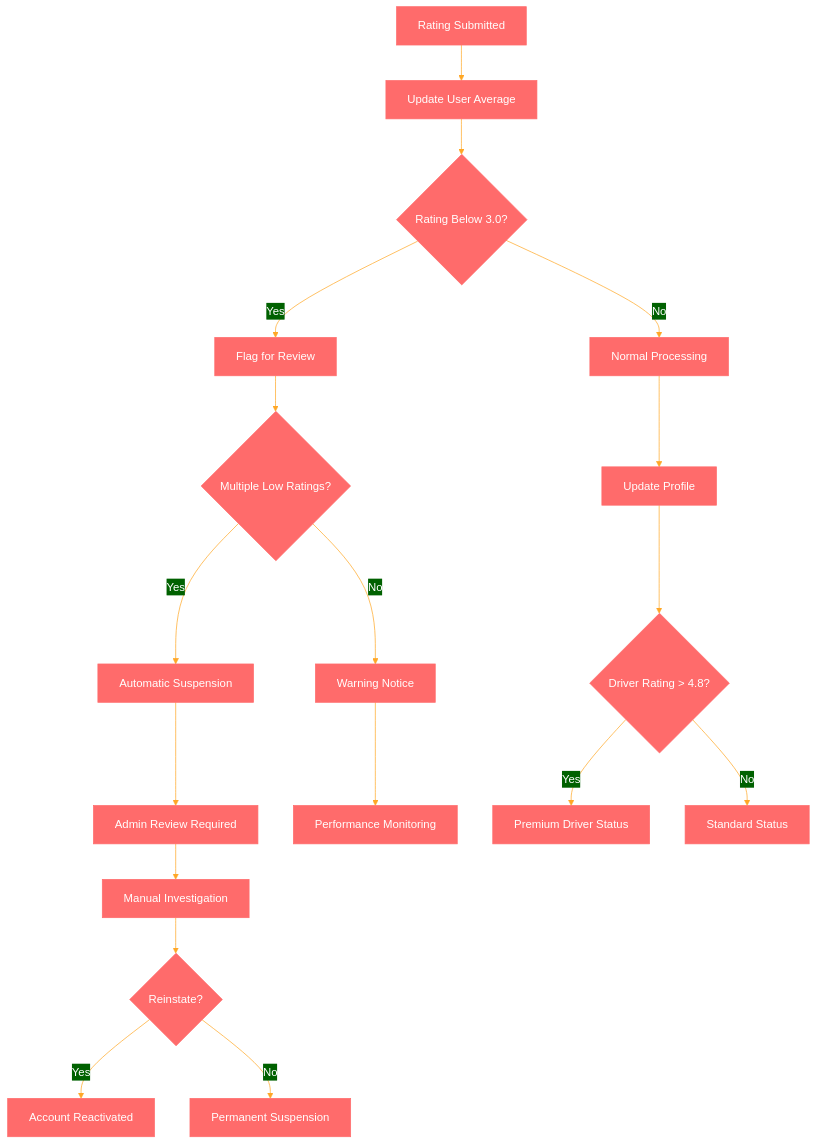
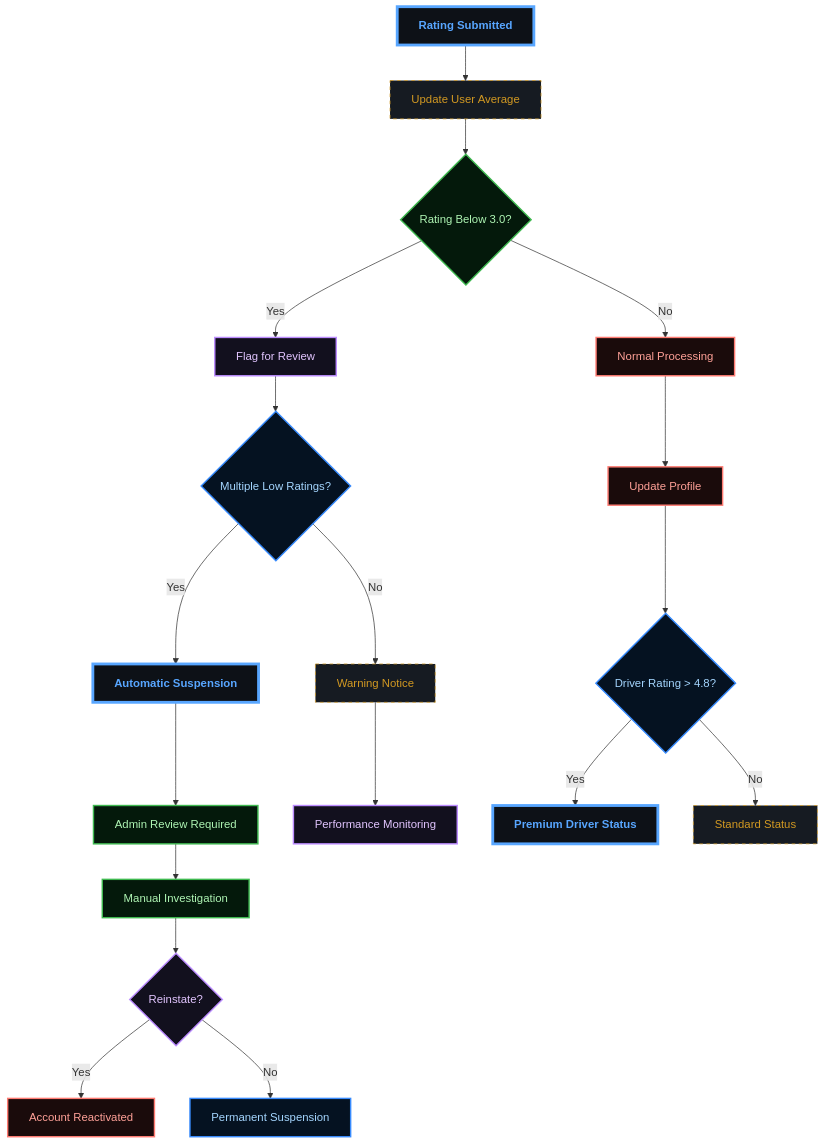
Before and after one commit to abdoElHodaky/transportapp: diagram 12 of 17 in docs/BUSINESS_PROCESSES.md, drawn with Mermaid. The commit also changed other lines of this file and 9 other files, not shown here.

````diff
--- a/docs/BUSINESS_PROCESSES.md
+++ b/docs/BUSINESS_PROCESSES.md
@@ -348,26 +720,65 @@
 ```mermaid
-%%{init: {'theme':'base', 'themeVariables': {'primaryColor':'#ff6b6b','primaryTextColor':'#fff','primaryBorderColor':'#ff6b6b','lineColor':'#ffa726','sectionBkgColor':'#ff6b6b','altSectionBkgColor':'#fff','gridColor':'#fff','secondaryColor':'#006100','tertiaryColor':'#fff'}}}%%
 flowchart TD
     A[Rating Submitted] --> B[Update User Average]
     B --> C{Rating Below 3.0?}
     
     C -->|Yes| D[Flag for Review]
     C -->|No| E[Normal Processing]
     
     D --> F{Multiple Low Ratings?}
     F -->|Yes| G[Automatic Suspension]
     F -->|No| H[Warning Notice]
     
     G --> I[Admin Review Required]
     H --> J[Performance Monitoring]
     
     E --> K[Update Profile]
     K --> L{Driver Rating > 4.8?}
     L -->|Yes| M[Premium Driver Status]
     L -->|No| N[Standard Status]
     
     I --> O[Manual Investigation]
     O --> P{Reinstate?}
     P -->|Yes| Q[Account Reactivated]
     P -->|No| R[Permanent Suspension]
+
+    %% --- DARK GRADIENT & GLOW STYLING ---
+    
+    %% Main Dashboard (Neon Cyan/Blue)
+    classDef main fill:#0d1117,stroke:#58a6ff,stroke-width:4px,color:#58a6ff,font-weight:bold;
+    
+    %% Decision Diamond (Gold Glow)
+    classDef decision fill:#161b22,stroke:#d29922,color:#d29922,stroke-dasharray: 5 5;
+    
+    %% Revenue (Emerald Gradient Style)
+    classDef revNode fill:#04190b,stroke:#3fb950,color:#aff5b4,stroke-width:2px;
+    
+    %% Commission (Purple Gradient Style)
+    classDef commNode fill:#12101e,stroke:#bc8cff,color:#e2c5ff,stroke-width:2px;
+    
+    %% Refund (Ruby Gradient Style)
+    classDef refNode fill:#1a0b0b,stroke:#ff7b72,color:#ffa198,stroke-width:2px;
+    
+    %% Earnings (Sapphire Gradient Style)
+    classDef earnNode fill:#051221,stroke:#388bfd,color:#a5d6ff,stroke-width:2px;
+
+    class A main;
+    class B decision;
+    class C revNode;
+    class D commNode;
+    class E refNode;
+    class F earnNode;
+    class G main;
+    class H decision;
+    class I revNode;
+    class J commNode;
+    class K refNode;
+    class L earnNode;
+    class M main;
+    class N decision;
+    class O revNode;
+    class P commNode;
+    class Q refNode;
+    class R earnNode;
+    class Y main;
 ```
````
